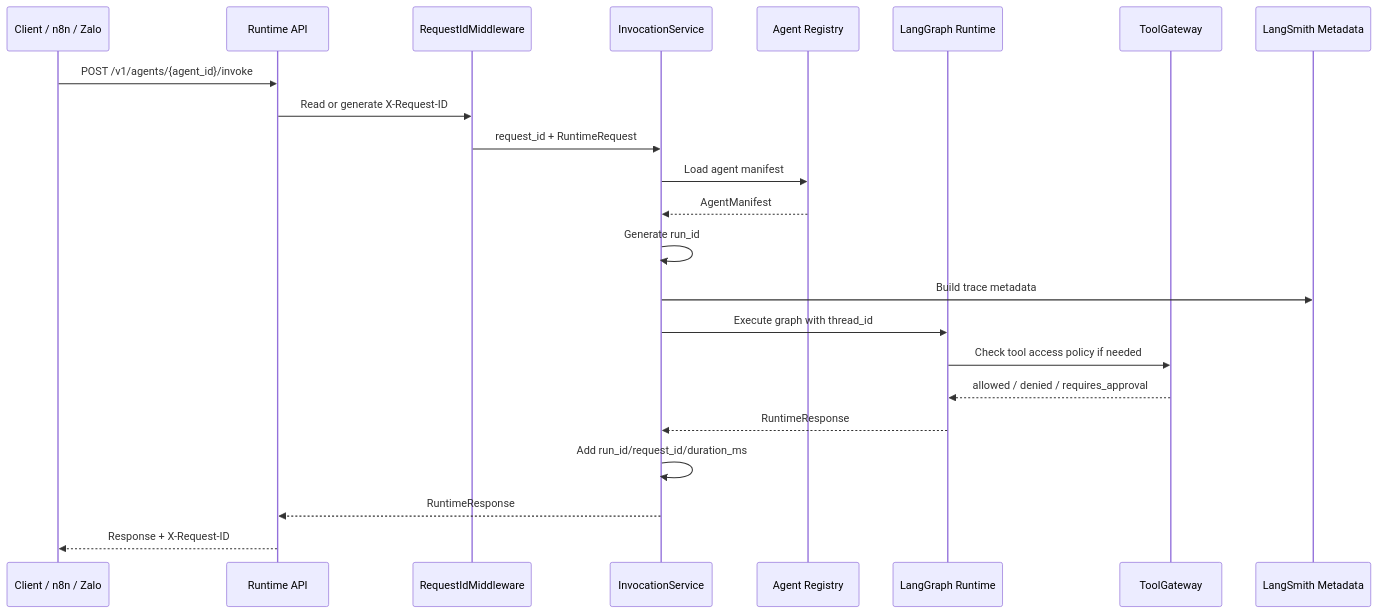
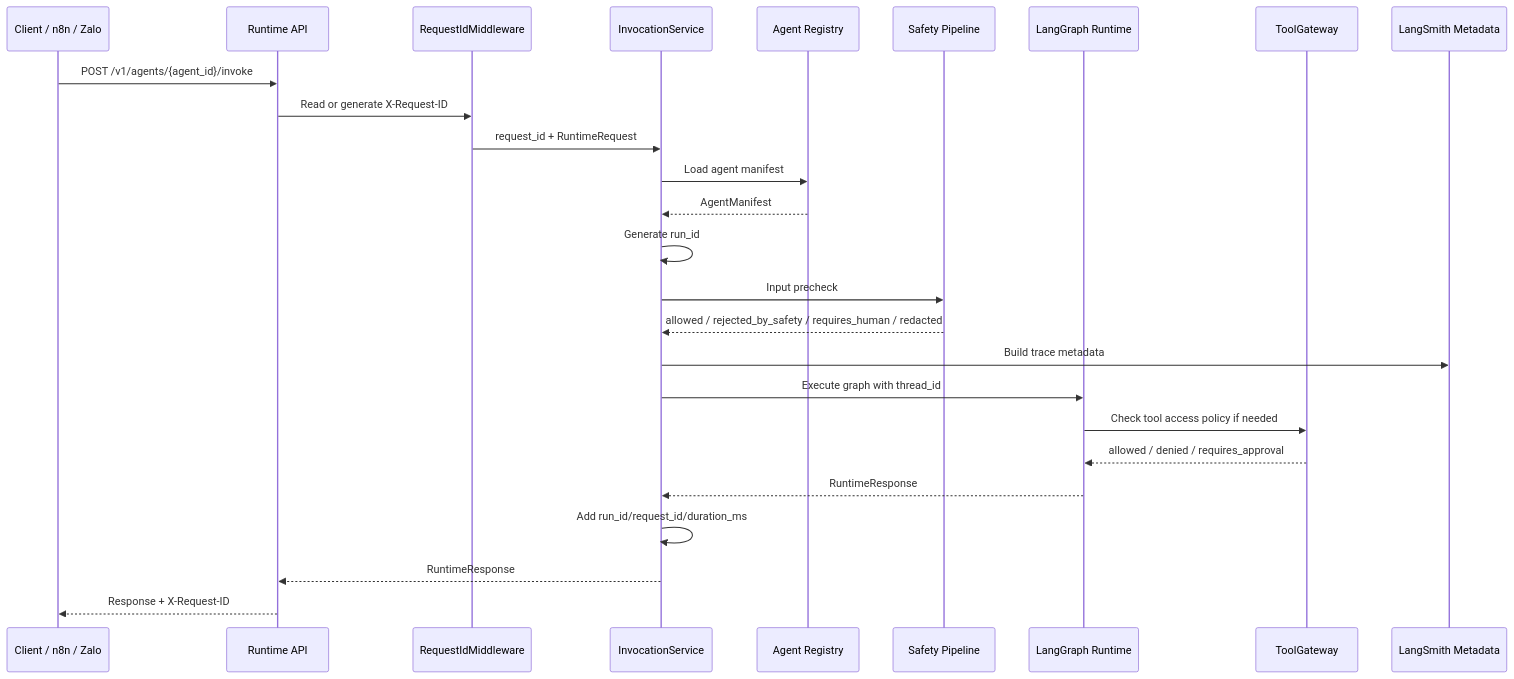
The second of 2 diagrams in README.md (Tenaity/ai-agent-platform), drawn with Mermaid before and after one commit. The commit also changed other lines of this file and 14 other files, not shown here.

Commit message:
Introduce a domain-neutral safety pipeline skeleton before adding real LLM calls, RAG, memory, or production tool integrations.

````diff
--- a/README.md
+++ b/README.md
@@ -73,26 +80,29 @@
 ```mermaid
 sequenceDiagram
     participant Client as Client / n8n / Zalo
     participant API as Runtime API
     participant MW as RequestIdMiddleware
     participant Service as InvocationService
     participant Registry as Agent Registry
+    participant Safety as Safety Pipeline
     participant Graph as LangGraph Runtime
     participant Gateway as ToolGateway
     participant LS as LangSmith Metadata
 
     Client->>API: POST /v1/agents/{agent_id}/invoke
     API->>MW: Read or generate X-Request-ID
     MW->>Service: request_id + RuntimeRequest
     Service->>Registry: Load agent manifest
     Registry-->>Service: AgentManifest
     Service->>Service: Generate run_id
+    Service->>Safety: Input precheck
+    Safety-->>Service: allowed / rejected_by_safety / requires_human / redacted
     Service->>LS: Build trace metadata
     Service->>Graph: Execute graph with thread_id
     Graph->>Gateway: Check tool access policy if needed
     Gateway-->>Graph: allowed / denied / requires_approval
     Graph-->>Service: RuntimeResponse
     Service->>Service: Add run_id/request_id/duration_ms
     Service-->>API: RuntimeResponse
     API-->>Client: Response + X-Request-ID
 ```
````
